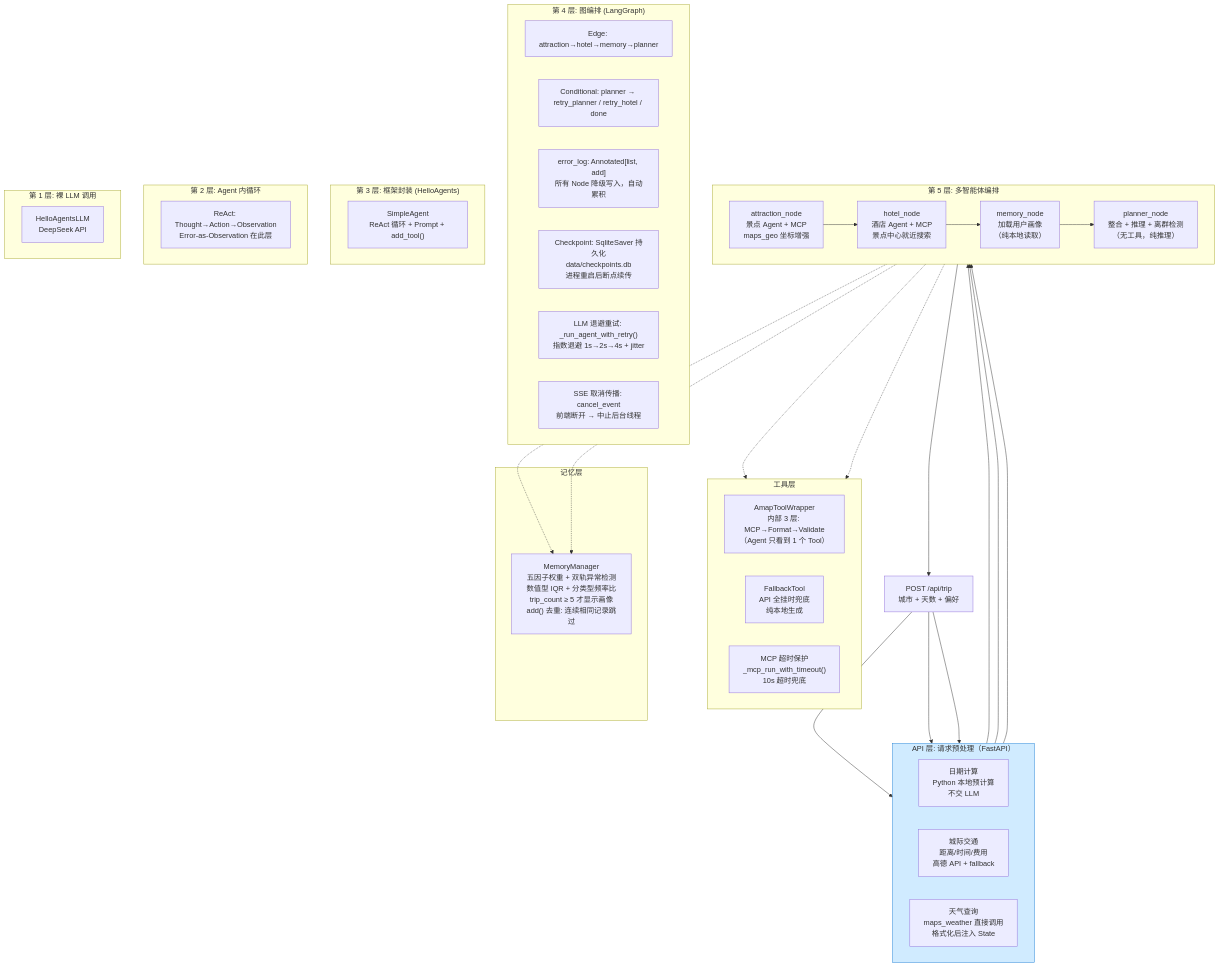
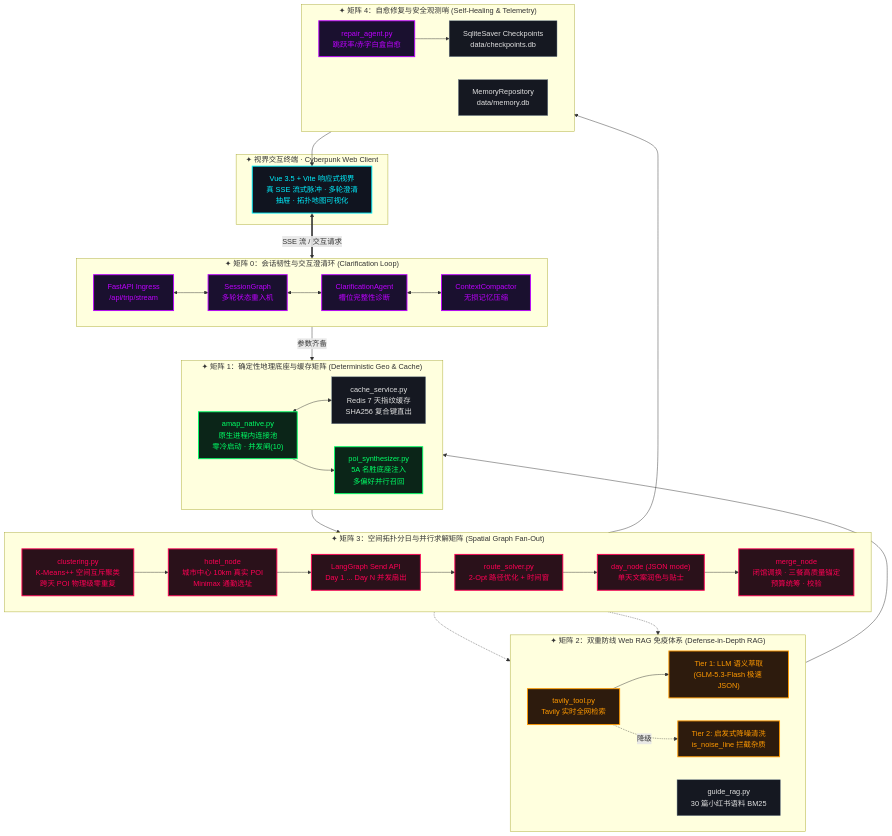
The first of 10 diagrams in .pages/site_src/ARCHITECTURE.md (SuperGODOG/tripplanner), drawn with Mermaid before and after one commit. The commit also changed other lines of this file and 1 other file, not shown here.

Commit message:
docs: upgrade ARCHITECTURE.md to v4.0 Sovereign Matrix with full holographic Mermaid topologies

````diff
--- a/.pages/site_src/ARCHITECTURE.md
+++ b/.pages/site_src/ARCHITECTURE.md
@@ -9,61 +33,67 @@
 ```mermaid
 flowchart TB
-    subgraph APILayer["API 层: 请求预处理（FastAPI）"]
-        direction LR
-        PRE1["日期计算<br/>Python 本地预计算<br/>不交 LLM"]
-        PRE2["城际交通<br/>距离/时间/费用<br/>高德 API + fallback"]
-        PRE3["天气查询<br/>maps_weather 直接调用<br/>格式化后注入 State"]
+    classDef client fill:#10141f,stroke:#00F0FF,stroke-width:2px,color:#00F0FF;
+    classDef m0 fill:#1a102f,stroke:#BD00FF,stroke-width:2px,color:#BD00FF;
+    classDef m1 fill:#0b2518,stroke:#00FF66,stroke-width:2px,color:#00FF66;
+    classDef m2 fill:#2d1b0d,stroke:#FF9900,stroke-width:2px,color:#FF9900;
+    classDef m3 fill:#2a111a,stroke:#FF0055,stroke-width:2px,color:#FF0055;
+    classDef m4 fill:#151821,stroke:#708090,stroke-width:1px,color:#E0E0E0;
+
+    subgraph CLIENT["✦ 视界交互终端 · Cyberpunk Web Client"]
+        VUE["Vue 3.5 + Vite 响应式视界<br/>真 SSE 流式脉冲 · 多轮澄清抽屉 · 拓扑地图可视化"]:::client
     end
 
-    subgraph Layer5["第 5 层: 多智能体编排"]
+    subgraph MATRIX_0["✦ 矩阵 0：会话韧性与交互澄清环 (Clarification Loop)"]
         direction LR
-        N1["attraction_node<br/>景点 Agent + MCP<br/>maps_geo 坐标增强"]
-        N3["hotel_node<br/>酒店 Agent + MCP<br/>景点中心就近搜索"]
-        N4["memory_node<br/>加载用户画像<br/>（纯本地读取）"]
-        N5["planner_node<br/>整合 + 推理 + 离群检测<br/>（无工具，纯推理）"]
+        API_GATE["FastAPI Ingress<br/>/api/trip/stream"]:::m0
+        S_GRAPH["SessionGraph<br/>多轮状态重入机"]:::m0
+        C_AGENT["ClarificationAgent<br/>槽位完整性诊断"]:::m0
+        C_COMPACT["ContextCompactor<br/>无损记忆压缩"]:::m0
+        API_GATE <--> S_GRAPH <--> C_AGENT <--> C_COMPACT
     end
 
-    subgraph Layer4["第 4 层: 图编排 (LangGraph)"]
-        EDGE["Edge: attraction→hotel→memory→planner"]
-        COND["Conditional: planner → retry_planner / retry_hotel / done"]
-        ERRLOG["error_log: Annotated[list, add]<br/>所有 Node 降级写入，自动累积"]
-        CHECKPOINT["Checkpoint: SqliteSaver 持久化<br/>data/checkpoints.db<br/>进程重启后断点续传"]
-        RETRY["LLM 退避重试: _run_agent_with_retry()<br/>指数退避 1s→2s→4s + jitter"]
-        CANCEL["SSE 取消传播: cancel_event<br/>前端断开 → 中止后台线程"]
+    subgraph MATRIX_1["✦ 矩阵 1：确定性地理底座与缓存矩阵 (Deterministic Geo & Cache)"]
+        direction LR
+        AMAP_POOL["amap_native.py<br/>原生进程内连接池<br/>零冷启动 · 并发闸(10)"]:::m1
+        POI_PIPE["poi_synthesizer.py<br/>5A 名胜底座注入<br/>多偏好并行召回"]:::m1
+        REDIS["cache_service.py<br/>Redis 7 天指纹缓存<br/>SHA256 复合键直出"]:::m4
+        AMAP_POOL <--> REDIS
+        AMAP_POOL --> POI_PIPE
     end
 
-    subgraph Layer3["第 3 层: 框架封装 (HelloAgents)"]
-        AGENT["SimpleAgent<br/>ReAct 循环 + Prompt + add_tool()"]
+    subgraph MATRIX_2["✦ 矩阵 2：双重防线 Web RAG 免疫体系 (Defense-in-Depth RAG)"]
+        direction LR
+        TAVILY["tavily_tool.py<br/>Tavily 实时全网检索"]:::m2
+        RAG_TIER1["Tier 1: LLM 语义萃取<br/>(GLM-5.3-Flash 极速 JSON)"]:::m2
+        RAG_TIER2["Tier 2: 启发式降噪清洗<br/>is_noise_line 拦截杂质"]:::m2
+        BM25["guide_rag.py<br/>30 篇小红书语料 BM25"]:::m4
+        TAVILY --> RAG_TIER1 --> REDIS
+        TAVILY -.->|"降级"| RAG_TIER2
     end
 
-    subgraph Layer2["第 2 层: Agent 内循环"]
-        REACT["ReAct: Thought→Action→Observation<br/>Error-as-Observation 在此层"]
+    subgraph MATRIX_3["✦ 矩阵 3：空间拓扑分日与并行求解矩阵 (Spatial Graph Fan-Out)"]
+        direction LR
+        KMEANS["clustering.py<br/>K-Means++ 空间互斥聚类<br/>跨天 POI 物理级零重复"]:::m3
+        HOTEL["hotel_node<br/>城市中心 10km 真实 POI<br/>Minimax 通勤选址"]:::m3
+        FAN_OUT["LangGraph Send API<br/>Day 1 ... Day N 并发扇出"]:::m3
+        TSP["route_solver.py<br/>2-Opt 路径优化 + 时间窗"]:::m3
+        DAY_LLM["day_node (JSON mode)<br/>单天文案润色与贴士"]:::m3
+        MERGE["merge_node<br/>闭馆调换 · 三餐高质量锚定<br/>预算统筹 · 校验"]:::m3
+        KMEANS --> HOTEL --> FAN_OUT --> TSP --> DAY_LLM --> MERGE
     end
 
-    subgraph Layer1["第 1 层: 裸 LLM 调用"]
-        LLM["HelloAgentsLLM<br/>DeepSeek API"]
+    subgraph MATRIX_4["✦ 矩阵 4：自愈修复与安全观测哨 (Self-Healing & Telemetry)"]
+        direction LR
+        REPAIR["repair_agent.py<br/>跳跃率/赤字白盒自愈"]:::m0
+        SQLITE_CKPT["SqliteSaver Checkpoints<br/>data/checkpoints.db"]:::m4
+        SQLITE_MEM["MemoryRepository<br/>data/memory.db"]:::m4
+        REPAIR --> SQLITE_CKPT
     end
 
-    subgraph ToolLayer["工具层"]
-        direction LR
-        WRAPPER["AmapToolWrapper<br/>内部 3 层: MCP→Format→Validate<br/>（Agent 只看到 1 个 Tool）"]
-        FALLBACK["FallbackTool<br/>API 全挂时兜底<br/>纯本地生成"]
-        MCPTIMEOUT["MCP 超时保护<br/>_mcp_run_with_timeout()<br/>10s 超时兜底"]
-    end
-
-    subgraph MemoryLayer["记忆层"]
-        MEMORY["MemoryManager<br/>五因子权重 + 双轨异常检测<br/>数值型 IQR + 分类型频率比<br/>trip_count ≥ 5 才显示画像<br/>add() 去重: 连续相同记录跳过"]
-    end
-
-    USER["POST /api/trip<br/>城市 + 天数 + 偏好"] --> PRE1 & PRE2 & PRE3
-    PRE1 & PRE2 & PRE3 --> N1
-    N1 --> N3 --> N4 --> N5
-    N5 --> USER
-
-    N1 -.-> WRAPPER
-    N3 -.-> WRAPPER
-    N4 -.-> MEMORY
-    N5 -.-> MEMORY
-
-    style APILayer fill:#d0ebff,stroke:#1c7ed6
+    VUE <==>|"SSE 流 / 交互请求"| API_GATE
+    C_AGENT -->|"参数齐备"| AMAP_POOL
+    POI_PIPE --> KMEANS
+    DAY_LLM -.-> TAVILY
+    DAY_LLM -.-> BM25
+    MERGE --> REPAIR --> VUE
 ```
````
